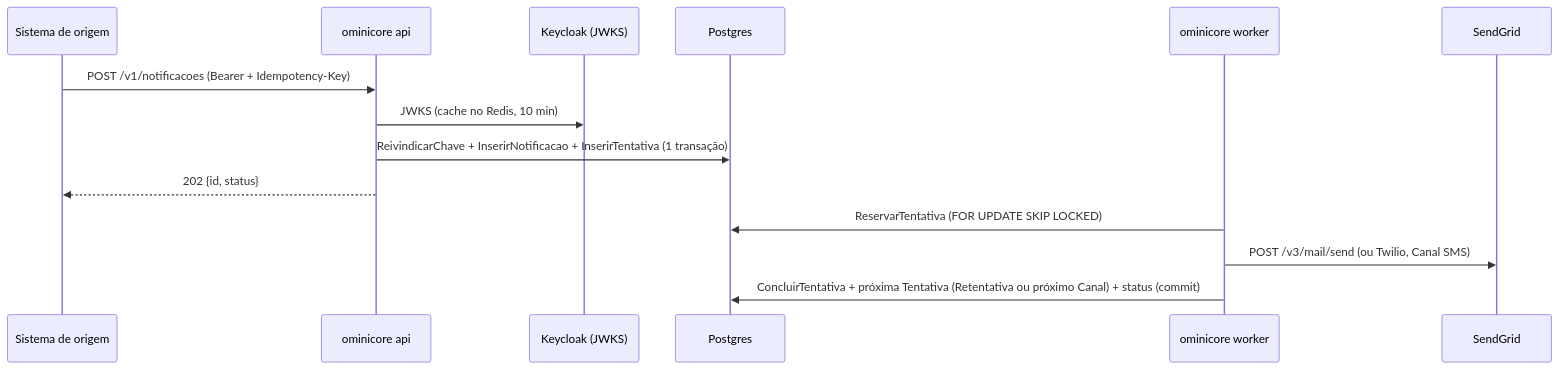
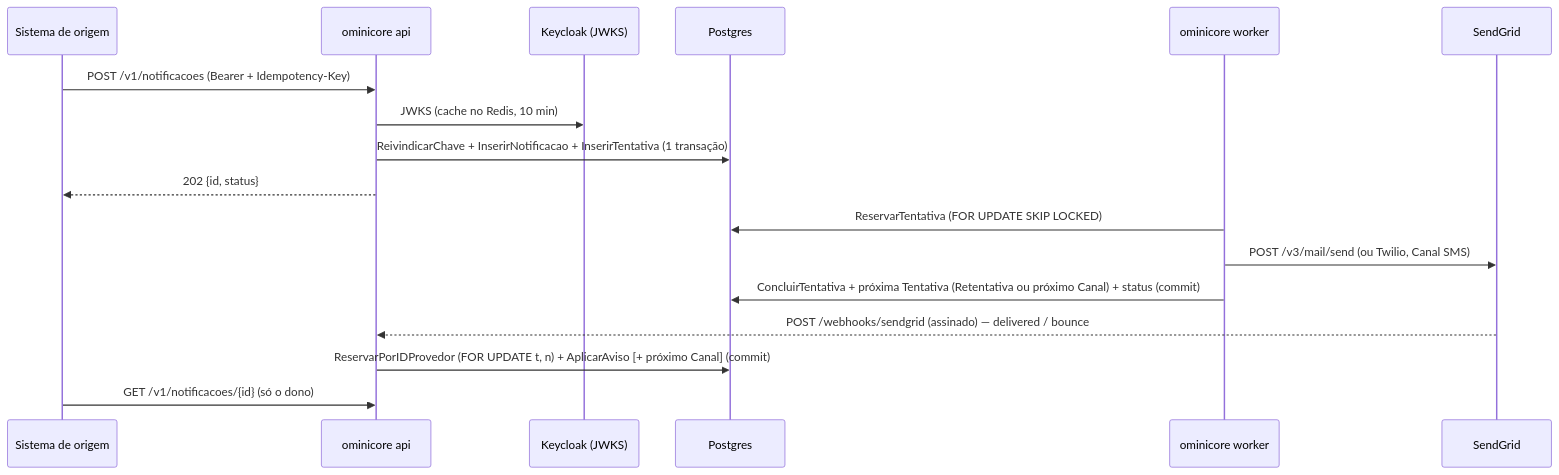
Before and after one commit to mauriciomiwa/ominicore-service: the diagram in DOC/System/mapa/envio.md, drawn with Mermaid. The commit also changed other lines of this file and 55 other files, not shown here.

First line of the commit message:
Fatia 3 (03-status-por-webhook): Aviso de status, falha tardia e consulta

````diff
--- a/DOC/System/mapa/envio.md
+++ b/DOC/System/mapa/envio.md
@@ -23,16 +26,19 @@
 ```mermaid
 sequenceDiagram
   participant S as Sistema de origem
   participant A as ominicore api
   participant K as Keycloak (JWKS)
   participant P as Postgres
   participant W as ominicore worker
   participant G as SendGrid
   S->>A: POST /v1/notificacoes (Bearer + Idempotency-Key)
   A->>K: JWKS (cache no Redis, 10 min)
   A->>P: ReivindicarChave + InserirNotificacao + InserirTentativa (1 transação)
   A-->>S: 202 {id, status}
   W->>P: ReservarTentativa (FOR UPDATE SKIP LOCKED)
   W->>G: POST /v3/mail/send (ou Twilio, Canal SMS)
   W->>P: ConcluirTentativa + próxima Tentativa (Retentativa ou próximo Canal) + status (commit)
+  G-->>A: POST /webhooks/sendgrid (assinado) — delivered / bounce
+  A->>P: ReservarPorIDProvedor (FOR UPDATE t, n) + AplicarAviso [+ próximo Canal] (commit)
+  S->>A: GET /v1/notificacoes/{id} (só o dono)
 ```
````
